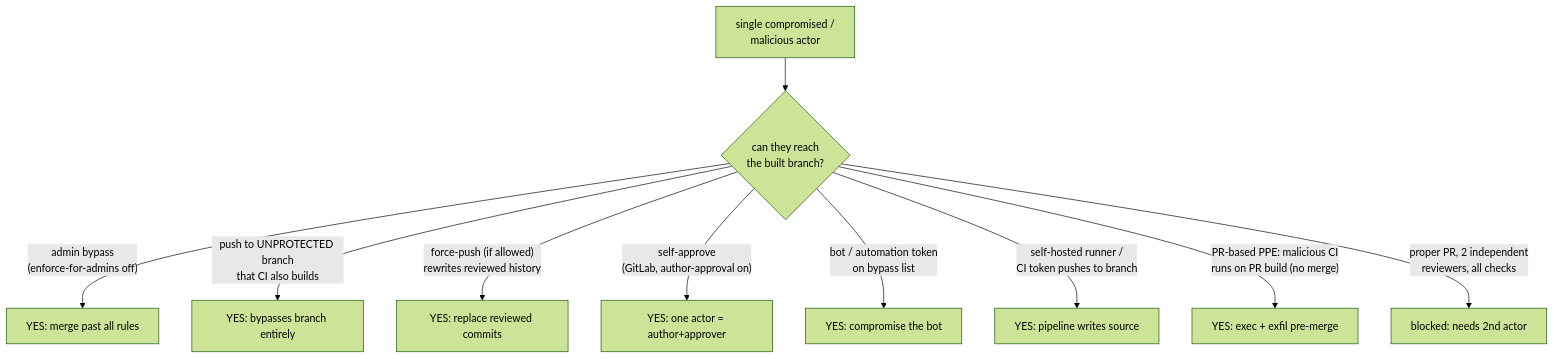
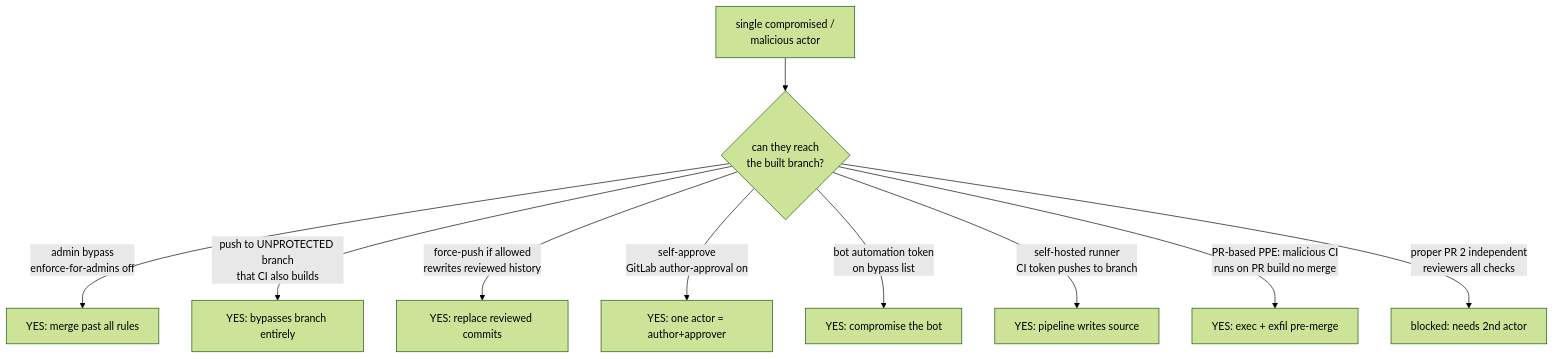
One commit to bumbsclaw/textbooks changed the third of 5 diagrams in book-07-source-security/ch03-branch-protection-review.md. Above: the diagram before and after it, drawn with Mermaid (forest theme). The commit also changed other lines of this file and 173 other files, not shown here.

First line of the commit message:
fix(mermaid): close note brackets, semicolons in Notes, stateDiagram br -> dash, edge parens

````diff
--- a/book-07-source-security/ch03-branch-protection-review.md
+++ b/book-07-source-security/ch03-branch-protection-review.md
@@ -520,12 +520,12 @@
 ```mermaid
 flowchart TD
     attacker["single compromised /<br/>malicious actor"] --> q{"can they reach<br/>the built branch?"}
-    q -->|"admin bypass<br/>(enforce-for-admins off)"| yes1["YES: merge past all rules"]
-    q -->|"push to UNPROTECTED branch<br/>that CI also builds"| yes2["YES: bypasses branch entirely"]
-    q -->|"force-push (if allowed)<br/>rewrites reviewed history"| yes3["YES: replace reviewed commits"]
-    q -->|"self-approve<br/>(GitLab, author-approval on)"| yes4["YES: one actor = author+approver"]
-    q -->|"bot / automation token<br/>on bypass list"| yes5["YES: compromise the bot"]
-    q -->|"self-hosted runner /<br/>CI token pushes to branch"| yes6["YES: pipeline writes source"]
-    q -->|"PR-based PPE: malicious CI<br/>runs on PR build (no merge)"| yes7["YES: exec + exfil pre-merge"]
-    q -->|"proper PR, 2 independent<br/>reviewers, all checks"| no["blocked: needs 2nd actor"]
+    q -->|"admin bypass<br > enforce-for-admins off "| yes1["YES: merge past all rules"]
+    q -->|"push to UNPROTECTED branch<br >that CI also builds"| yes2["YES: bypasses branch entirely"]
+    q -->|"force-push if allowed <br >rewrites reviewed history"| yes3["YES: replace reviewed commits"]
+    q -->|"self-approve<br > GitLab author-approval on "| yes4["YES: one actor = author+approver"]
+    q -->|"bot automation token<br >on bypass list"| yes5["YES: compromise the bot"]
+    q -->|"self-hosted runner <br >CI token pushes to branch"| yes6["YES: pipeline writes source"]
+    q -->|"PR-based PPE: malicious CI<br >runs on PR build no merge "| yes7["YES: exec + exfil pre-merge"]
+    q -->|"proper PR 2 independent<br >reviewers all checks"| no["blocked: needs 2nd actor"]
 ```
````
